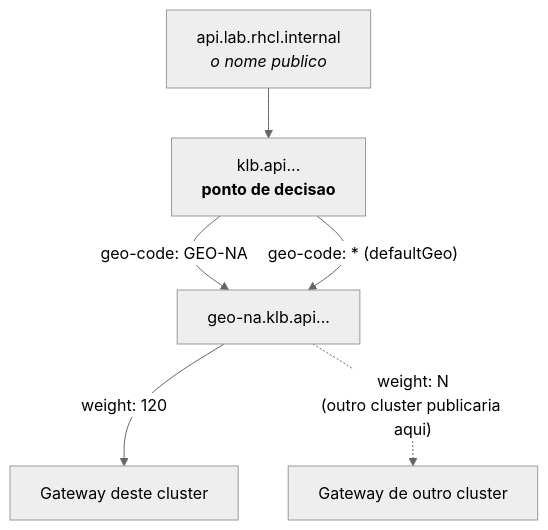
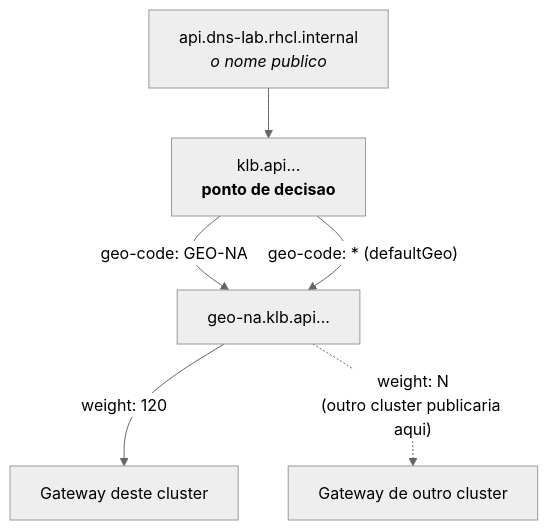
The diagram in content/modules/ROOT/pages/extra-dns.adoc (workshop-tanaka/rhcl-connectivity-workshop), drawn with Mermaid (neutral theme) before and after one commit. The commit also changed other lines of this file and 1 other file, not shown here.

First line of the commit message:
onda: v0.48 -- o laboratorio de DNS com uma zona por participante

```diff
--- a/content/modules/ROOT/pages/extra-dns.adoc
+++ b/content/modules/ROOT/pages/extra-dns.adoc
@@ -190,9 +190,9 @@
 [mermaid]
 ....
 flowchart TB
-  N["api.lab.rhcl.internal<br/><i>o nome publico</i>"] --> K["klb.api...<br/><b>ponto de decisao</b>"]
+  N["api.dns-lab.rhcl.internal<br/><i>o nome publico</i>"] --> K["klb.api...<br/><b>ponto de decisao</b>"]
   K -->|"geo-code: GEO-NA"| G1["geo-na.klb.api..."]
   K -->|"geo-code: * (defaultGeo)"| G1
   G1 -->|"weight: 120"| D1["Gateway deste cluster"]
   G1 -.->|"weight: N<br/>(outro cluster publicaria aqui)"| D2["Gateway de outro cluster"]
 ....
```
